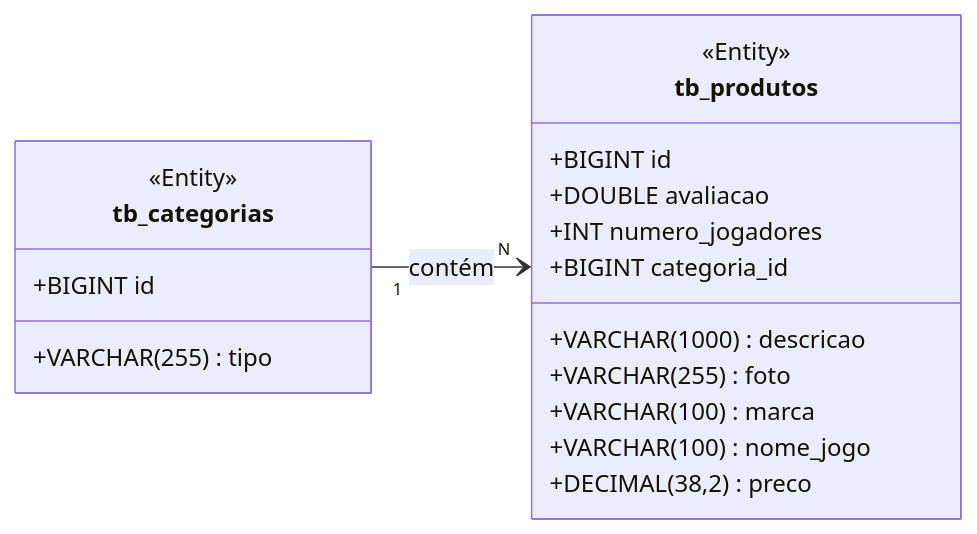
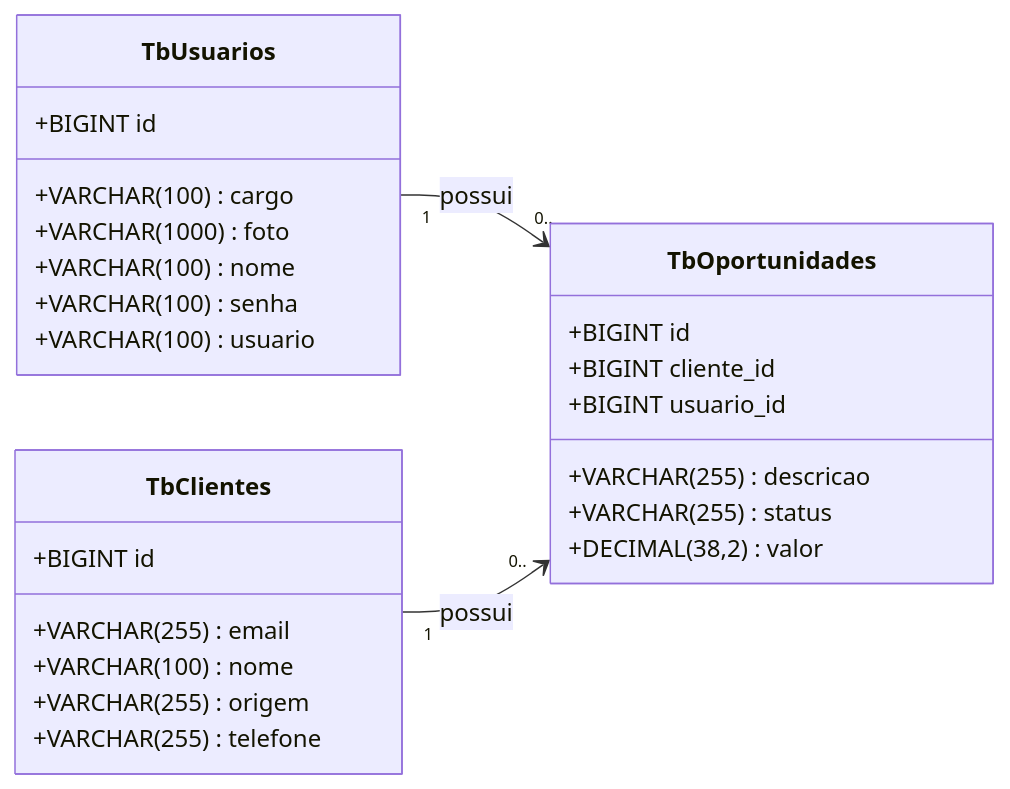
One commit to CodeQueensjava83/crm_backend changed the diagram in README.md. Above: the diagram before and after it, drawn with Mermaid. The commit also changed other lines of this file, not shown here.

Commit message:
:tada: README.md

````diff
--- a/README.md
+++ b/README.md
@@ -44,26 +45,31 @@
 ```mermaid
 classDiagram
     direction LR
 
-    class tb_categorias {
-        <<Entity>>
+ class TbUsuarios {
         +BIGINT id
-        +VARCHAR(255) tipo
+        +VARCHAR(100) cargo
+        +VARCHAR(1000) foto
+        +VARCHAR(100) nome
+        +VARCHAR(100) senha
+        +VARCHAR(100) usuario
     }
-
-    class tb_produtos {
-        <<Entity>>
+    class TbOportunidades {
         +BIGINT id
-        +DOUBLE avaliacao
-        +VARCHAR(1000) descricao
-        +VARCHAR(255) foto
-        +VARCHAR(100) marca
-        +VARCHAR(100) nome_jogo
-        +INT numero_jogadores
-        +DECIMAL(38,2) preco
-        +BIGINT categoria_id
+        +VARCHAR(255) descricao
+        +VARCHAR(255) status
+        +DECIMAL(38,2) valor
+        +BIGINT cliente_id
+        +BIGINT usuario_id
     }
-
-    tb_categorias "1" --> "N" tb_produtos : contém
+    class TbClientes {
+        +BIGINT id
+        +VARCHAR(255) email
+        +VARCHAR(100) nome
+        +VARCHAR(255) origem
+        +VARCHAR(255) telefone
+    }
+    TbUsuarios "1" --> "0.." TbOportunidades : possui
+    TbClientes "1" --> "0.." TbOportunidades : possui
 
 ```
````
